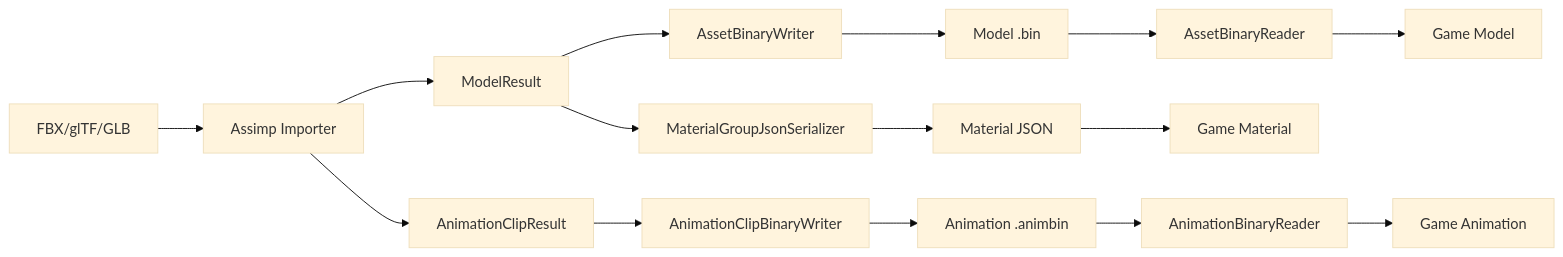
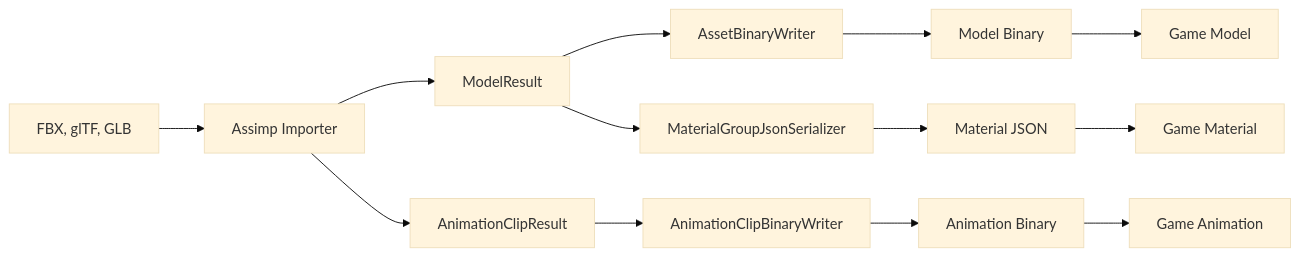
The sixth of 8 diagrams in Readme.md (wewe231223/2026_Graphics), drawn with Mermaid (base theme) before and after one commit. The commit also changed other lines of this file, not shown here.

````diff
--- a/Readme.md
+++ b/Readme.md
@@ -281,17 +384,15 @@
 ```mermaid
 flowchart LR
-    SourceAsset["FBX/glTF/GLB"] --> AssimpImporter["Assimp Importer"]
+    SourceAsset["FBX, glTF, GLB"] --> AssimpImporter["Assimp Importer"]
     AssimpImporter --> ModelResult["ModelResult"]
     AssimpImporter --> AnimationResult["AnimationClipResult"]
     ModelResult --> BinaryWriter["AssetBinaryWriter"]
     AnimationResult --> AnimationWriter["AnimationClipBinaryWriter"]
     ModelResult --> MaterialSerializer["MaterialGroupJsonSerializer"]
-    BinaryWriter --> ModelBin["Model .bin"]
-    AnimationWriter --> AnimBin["Animation .animbin"]
+    BinaryWriter --> ModelBin["Model Binary"]
+    AnimationWriter --> AnimBin["Animation Binary"]
     MaterialSerializer --> MaterialJson["Material JSON"]
-    ModelBin --> BinaryReader["AssetBinaryReader"]
-    AnimBin --> AnimationReader["AnimationBinaryReader"]
-    BinaryReader --> RuntimeModel["Game Model"]
-    AnimationReader --> RuntimeAnimation["Game Animation"]
+    ModelBin --> RuntimeModel["Game Model"]
+    AnimBin --> RuntimeAnimation["Game Animation"]
     MaterialJson --> RuntimeMaterial["Game Material"]
 ```
````
